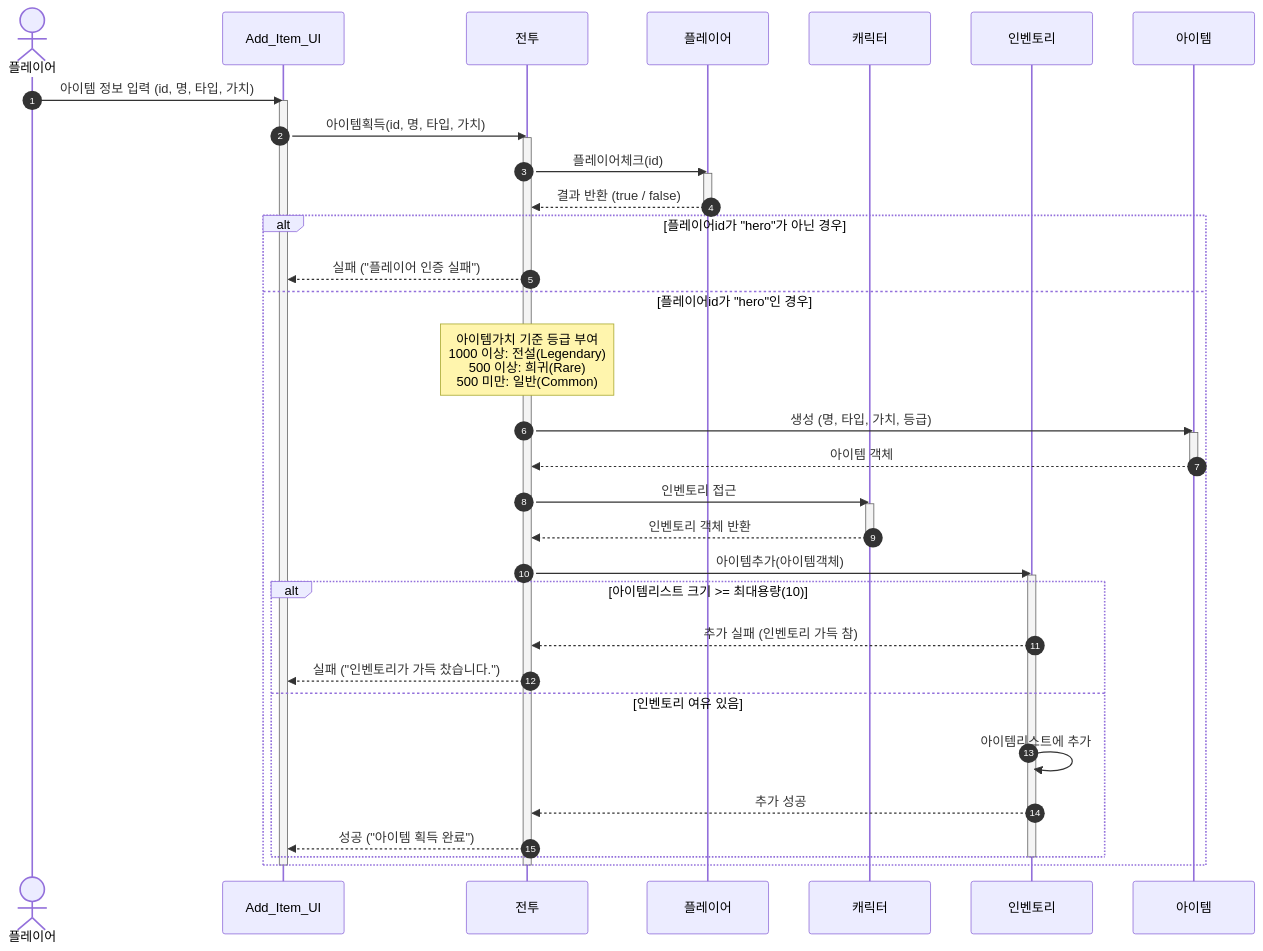
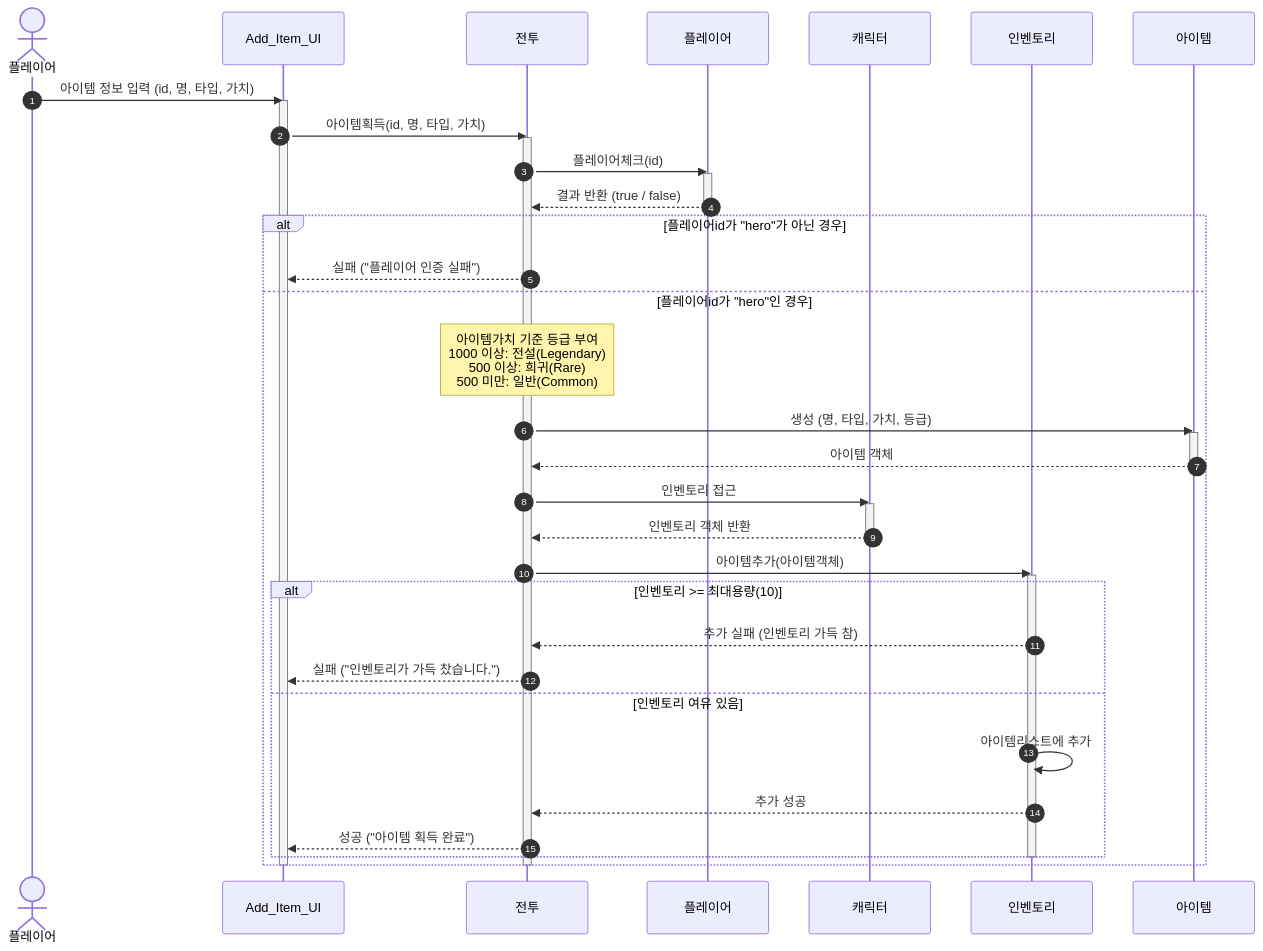
The diagram in item_sequence.md (myeongjunyoung/DNF_BATTLE_B_01-02), drawn with Mermaid before and after one commit.

Commit message:
아이템획득 순차도

````diff
--- a/item_sequence.md
+++ b/item_sequence.md
@@ -1,55 +1,55 @@
 ```mermaid
 sequenceDiagram
     autonumber
     actor Player as 플레이어
     participant UI as Add_Item_UI
     participant Ctrl as 전투
     participant P as 플레이어
     participant C as 캐릭터
     participant Inv as 인벤토리
     participant Item as 아이템
 
     Player->>UI: 아이템 정보 입력 (id, 명, 타입, 가치)
     activate UI
     UI->>Ctrl: 아이템획득(id, 명, 타입, 가치)
     activate Ctrl
     
     Ctrl->>P: 플레이어체크(id)
     activate P
     P-->>Ctrl: 결과 반환 (true / false)
     deactivate P
     
     alt 플레이어id가 "hero"가 아닌 경우
         Ctrl-->>UI: 실패 ("플레이어 인증 실패")
     else 플레이어id가 "hero"인 경우
         
         Note over Ctrl: 아이템가치 기준 등급 부여<br/>1000 이상: 전설(Legendary)<br/>500 이상: 희귀(Rare)<br/>500 미만: 일반(Common)
         
         Ctrl->>Item: 생성 (명, 타입, 가치, 등급)
         activate Item
         Item-->>Ctrl: 아이템 객체
         deactivate Item
         
         Ctrl->>C: 인벤토리 접근
         activate C
         C-->>Ctrl: 인벤토리 객체 반환
         deactivate C
         
         Ctrl->>Inv: 아이템추가(아이템객체)
         activate Inv
         
-        alt 아이템리스트 크기 >= 최대용량(10)
+        alt 인벤토리 >= 최대용량(10)
             Inv-->>Ctrl: 추가 실패 (인벤토리 가득 참)
             Ctrl-->>UI: 실패 ("인벤토리가 가득 찼습니다.")
         else 인벤토리 여유 있음
             Inv->>Inv: 아이템리스트에 추가
             Inv-->>Ctrl: 추가 성공
             Ctrl-->>UI: 성공 ("아이템 획득 완료")
         end
         deactivate Inv
         
     end
     
     deactivate Ctrl
     deactivate UI
 ```
````
